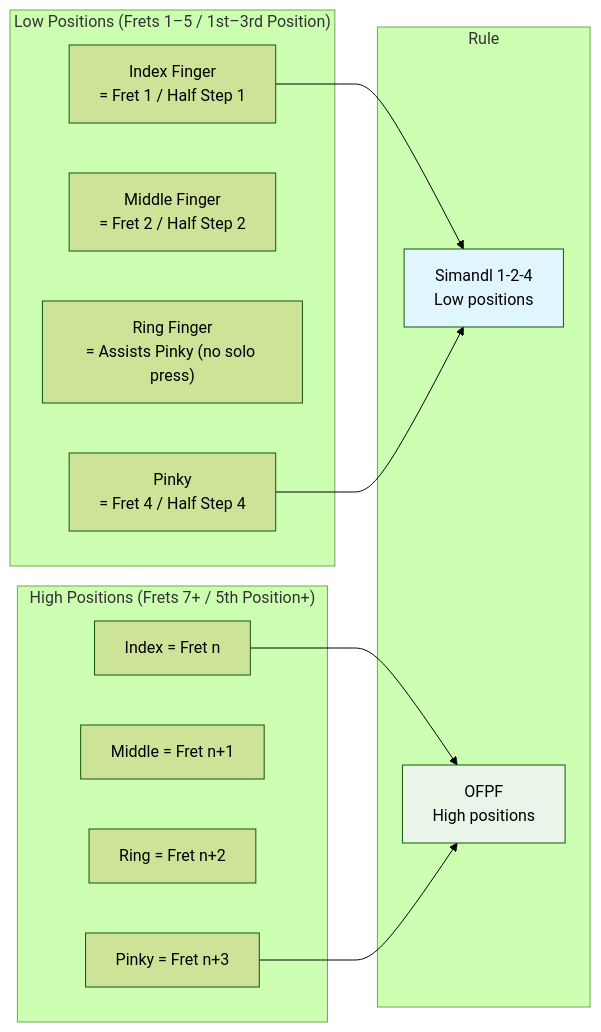
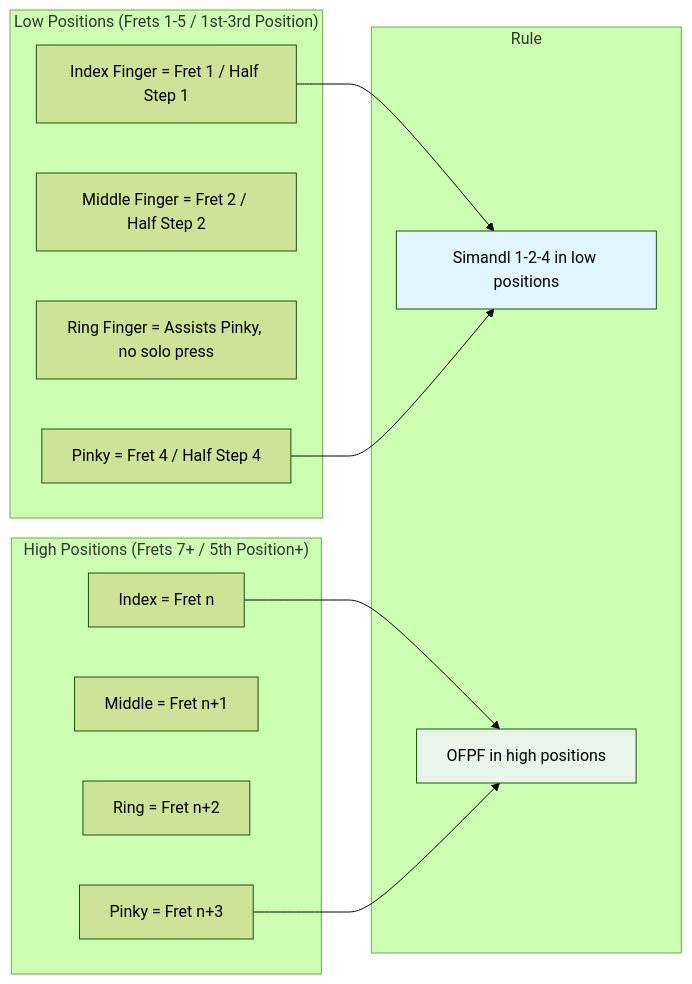
One commit to blebleblee/synapse changed the second of 8 diagrams in topics/arts/music_performance/strings/lesson_01_string_techniques.md. Above: the diagram before and after it, drawn with Mermaid (forest theme). The commit also changed other lines of this file and 4 other files, not shown here.

````diff
--- a/topics/arts/music_performance/strings/lesson_01_string_techniques.md
+++ b/topics/arts/music_performance/strings/lesson_01_string_techniques.md
@@ -95,29 +93,29 @@
 ```mermaid
 graph LR
-    subgraph sub_lowpos ["Low Positions (Frets 1–5 / 1st–3rd Position)"]
-        A1["Index Finger<br/>= Fret 1 / Half Step 1"]
-        A2["Middle Finger<br/>= Fret 2 / Half Step 2"]
-        A3["Ring Finger<br/>= Assists Pinky (no solo press)"]
-        A4["Pinky<br/>= Fret 4 / Half Step 4"]
+    subgraph sub_lowpos ["Low Positions (Frets 1-5 / 1st-3rd Position)"]
+        A1["Index Finger = Fret 1 / Half Step 1"]
+        A2["Middle Finger = Fret 2 / Half Step 2"]
+        A3["Ring Finger = Assists Pinky, no solo press"]
+        A4["Pinky = Fret 4 / Half Step 4"]
     end
 
     subgraph sub_highpos ["High Positions (Frets 7+ / 5th Position+)"]
         B1["Index = Fret n"]
         B2["Middle = Fret n+1"]
         B3["Ring = Fret n+2"]
         B4["Pinky = Fret n+3"]
     end
 
     subgraph sub_rule ["Rule"]
-        C["Simandl 1-2-4<br/>Low positions"]
-        D["OFPF<br/>High positions"]
+        C["Simandl 1-2-4 in low positions"]
+        D["OFPF in high positions"]
     end
 
     A1 --> C
     A4 --> C
     B1 --> D
     B4 --> D
 
     style C fill:#e1f5ff
     style D fill:#e8f5e8
 ```
````
